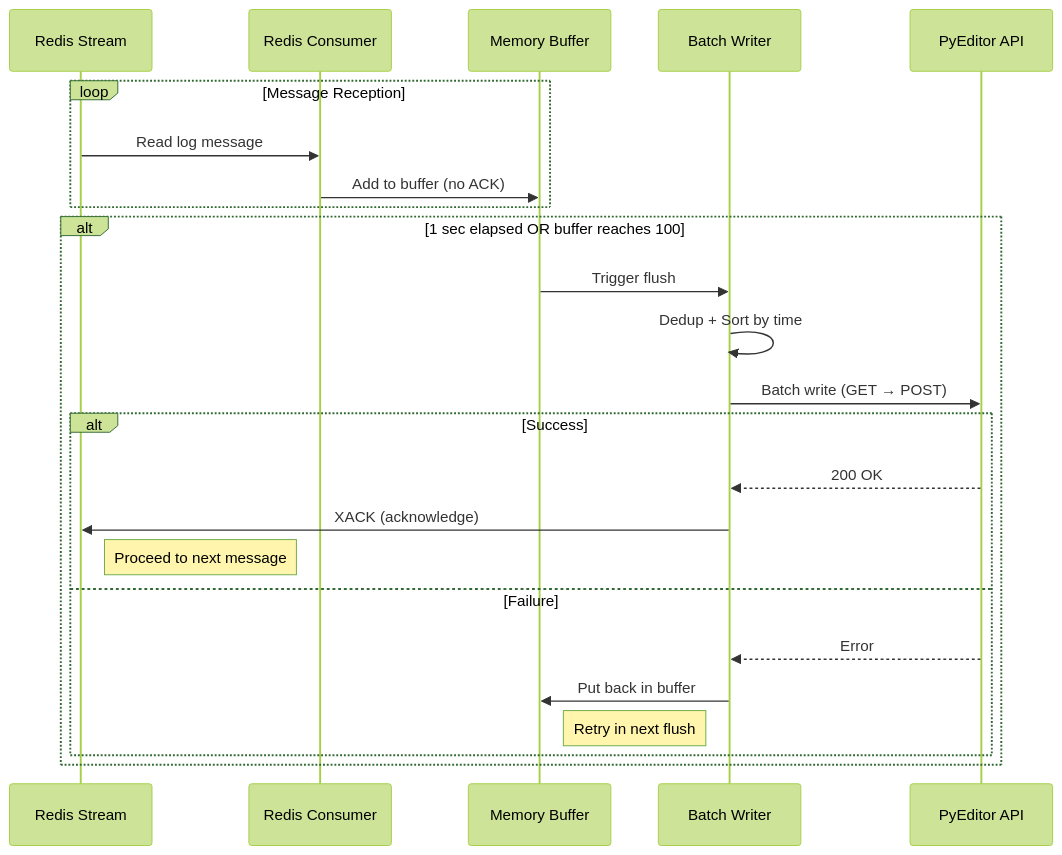
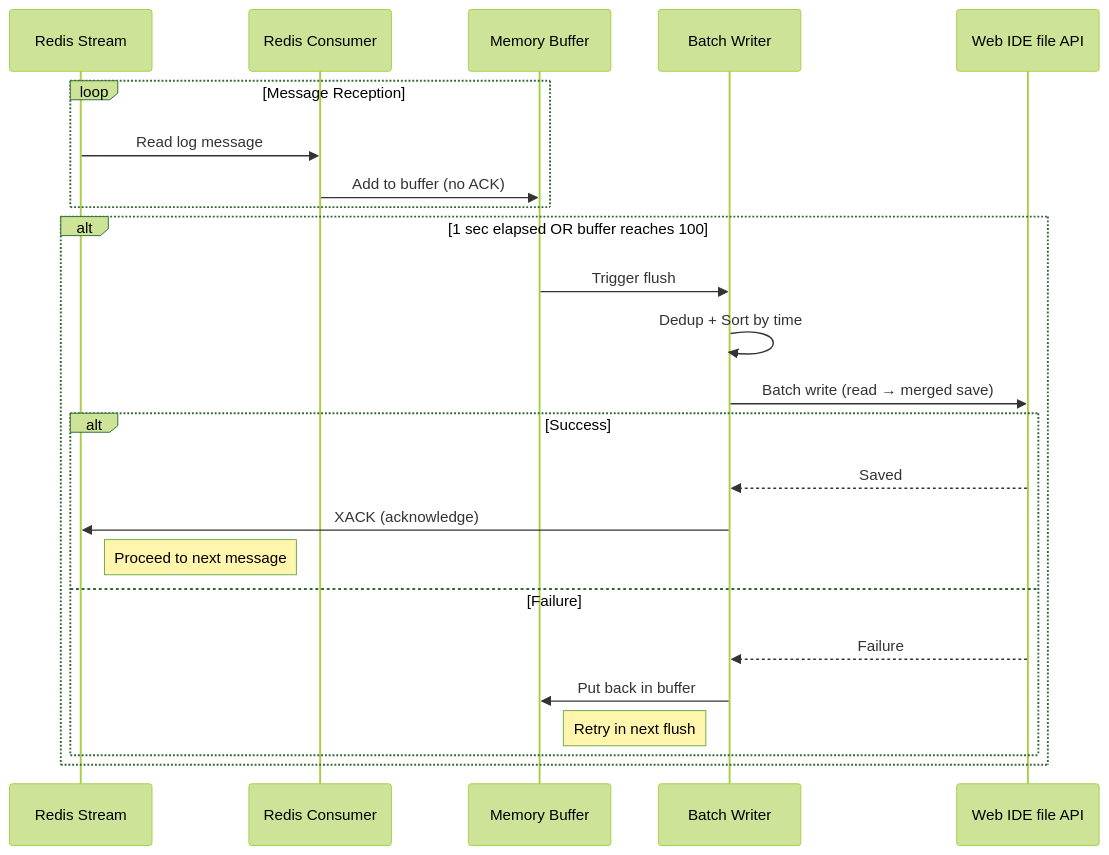
Before and after one commit to comsa33/porfolio-site: the diagram in public/architecture/pyrunner/batch-flow-en.mmd, drawn with Mermaid (forest theme). The commit also changed 2 other files, not shown here.

Commit message:
fix: last internal names out of the diagrams
The log-pipeline diagram still addressed the internal editor service by
name ("PyEditor API") — meaningless to outsiders — and the evaluation
card's feature list carried an internal metric service name. Both are
now generic (web IDE file API / retrieval metrics), and the leak scan
that missed them is fixed: its directory-name filter was silently
excluding every file under the pyrunner/pyeditor diagram paths.

Claude-Session: https://claude.ai/code/session_01GcLH2k2u8aX6SVizsefAdU

```diff
--- a/public/architecture/pyrunner/batch-flow-en.mmd
+++ b/public/architecture/pyrunner/batch-flow-en.mmd
@@ -1,27 +1,27 @@
 sequenceDiagram
     participant Redis as Redis Stream
     participant Consumer as Redis Consumer
     participant Buffer as Memory Buffer
     participant Writer as Batch Writer
-    participant PyEditor as PyEditor API
+    participant Store as Web IDE file API
 
     loop Message Reception
         Redis->>Consumer: Read log message
         Consumer->>Buffer: Add to buffer (no ACK)
     end
 
     alt 1 sec elapsed OR buffer reaches 100
         Buffer->>Writer: Trigger flush
         Writer->>Writer: Dedup + Sort by time
-        Writer->>PyEditor: Batch write (GET → POST)
+        Writer->>Store: Batch write (read → merged save)
         
         alt Success
-            PyEditor-->>Writer: 200 OK
+            Store-->>Writer: Saved
             Writer->>Redis: XACK (acknowledge)
             Note right of Redis: Proceed to next message
         else Failure
-            PyEditor-->>Writer: Error
+            Store-->>Writer: Failure
             Writer->>Buffer: Put back in buffer
             Note right of Buffer: Retry in next flush
         end
     end
```
